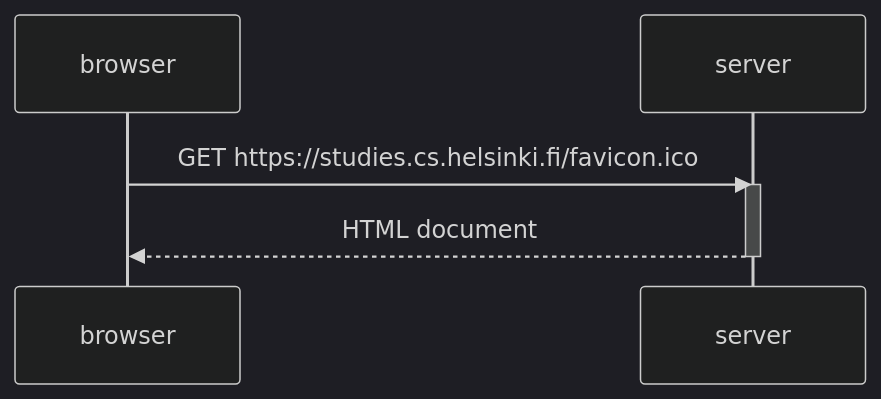
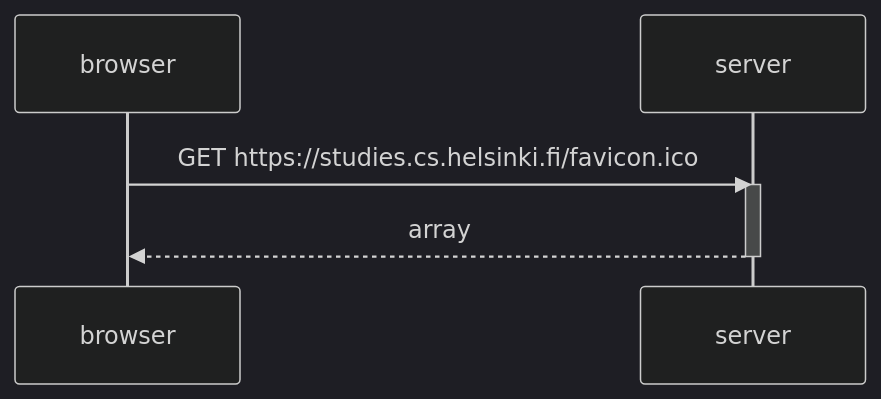
The diagram in part_0_4.md (valtteriper/FullstackOpen), drawn with Mermaid (dark theme) before and after one commit.

````diff
--- a/part_0_4.md
+++ b/part_0_4.md
@@ -1,10 +1,10 @@
 ```mermaid
 sequenceDiagram
     participant browser
     participant server
     
     browser->>server: GET https://studies.cs.helsinki.fi/favicon.ico
     activate server
-    server-->>browser: HTML document
+    server-->>browser: array
     deactivate server
 ```
````
